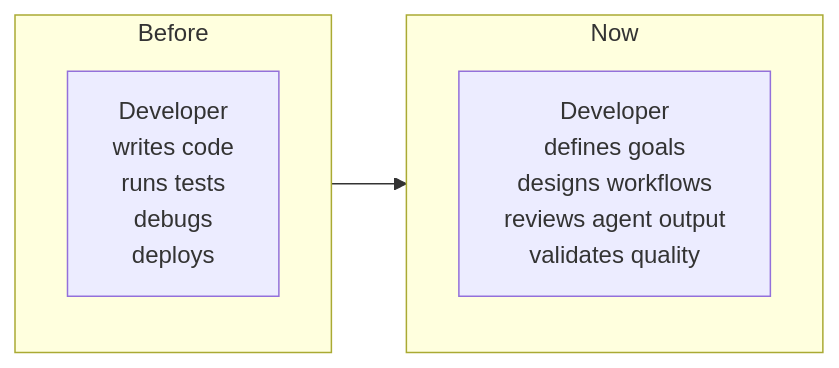
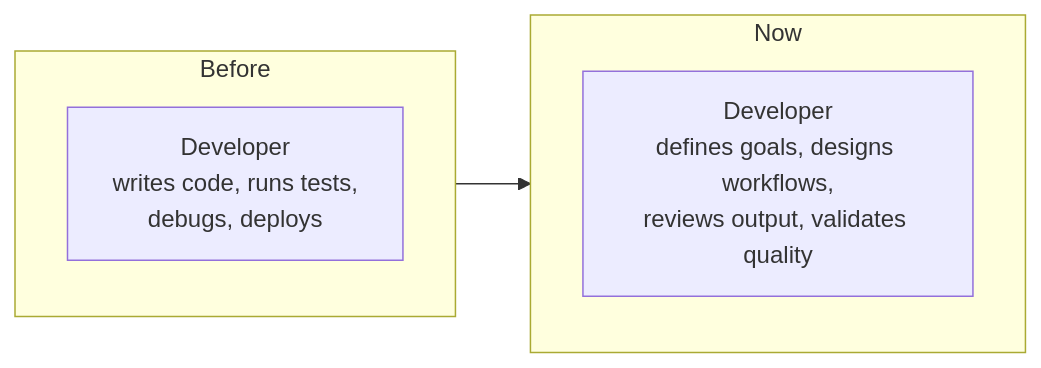
The sixth of 7 diagrams in standard/Agentic Engineering/presentation.md (davidkaya/talks), drawn with Mermaid before and after one commit. The commit also changed other lines of this file, not shown here.

First line of the commit message:
fix: simplify Developer Role and Demo diagrams to fit slides

````diff
--- a/standard/Agentic Engineering/presentation.md
+++ b/standard/Agentic Engineering/presentation.md
@@ -446,10 +446,10 @@
 ```mermaid
 flowchart LR
     subgraph Before
-        B1["Developer<br>writes code<br>runs tests<br>debugs<br>deploys"]
+        B1["Developer<br>writes code, runs tests,<br>debugs, deploys"]
     end
     subgraph Now
-        N1["Developer<br>defines goals<br>designs workflows<br>reviews agent output<br>validates quality"]
+        N1["Developer<br>defines goals, designs workflows,<br>reviews output, validates quality"]
     end
     Before --> Now
 ```
````
